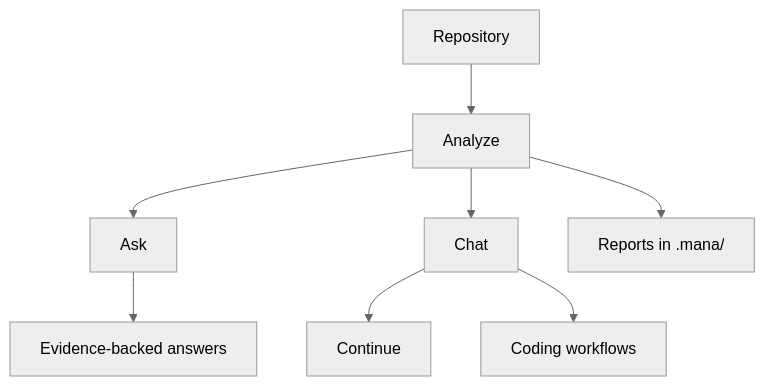
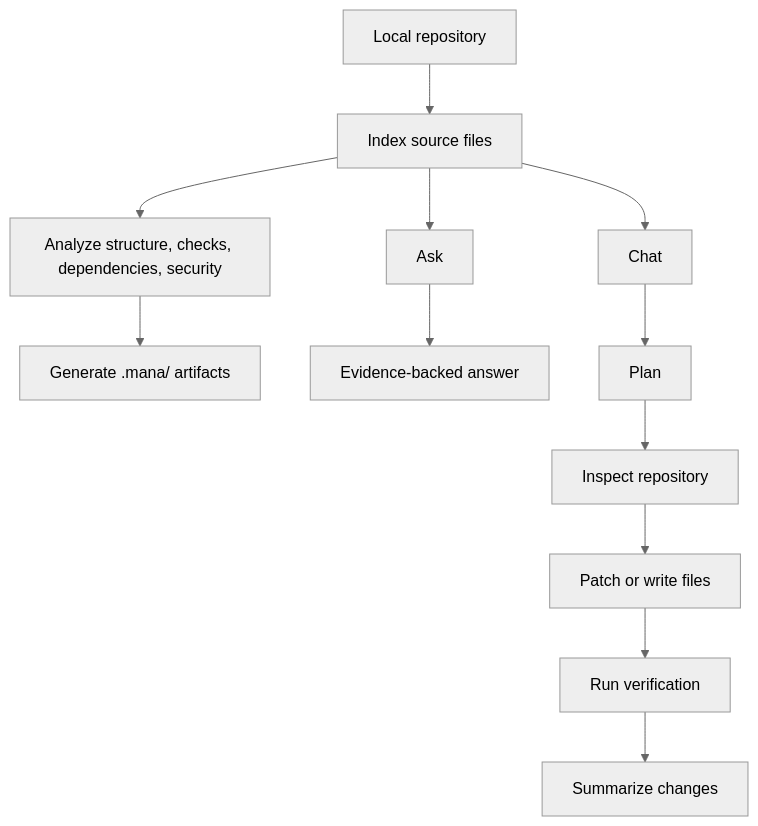
Before and after one commit to manadevelopment23/mana-agent: the diagram in README.md, drawn with Mermaid (neutral theme). The commit also changed other lines of this file and 6 other files, not shown here.

````diff
--- a/README.md
+++ b/README.md
@@ -27,10 +76,14 @@
 ```mermaid
 flowchart TD
-    A[Repository] --> B[Analyze]
-    B --> C[Ask]
-    B --> D[Chat]
-    D --> E[Continue]
-    B --> F[Reports in .mana/]
-    C --> G[Evidence-backed answers]
-    D --> H[Coding workflows]
+    A[Local repository] --> B[Index source files]
+    B --> C[Analyze structure, checks, dependencies, security]
+    C --> D[Generate .mana/ artifacts]
+    B --> E[Ask]
+    E --> F[Evidence-backed answer]
+    B --> G[Chat]
+    G --> H[Plan]
+    H --> I[Inspect repository]
+    I --> J[Patch or write files]
+    J --> K[Run verification]
+    K --> L[Summarize changes]
 ```
````
